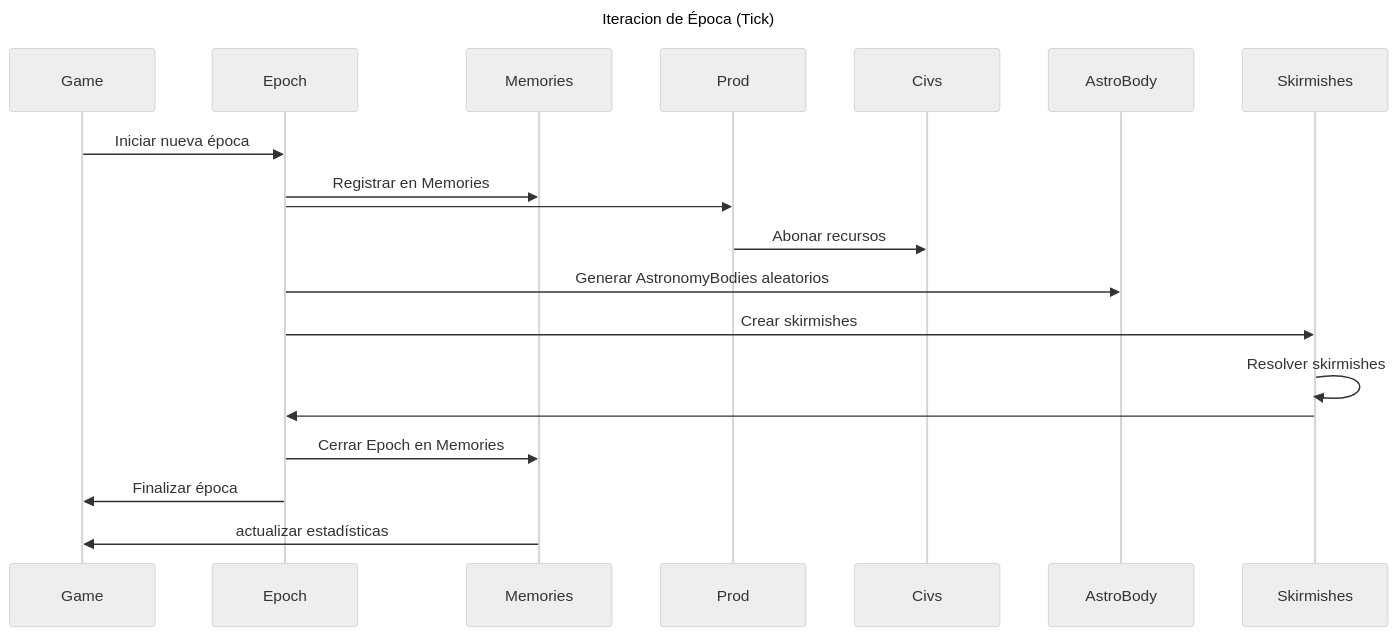
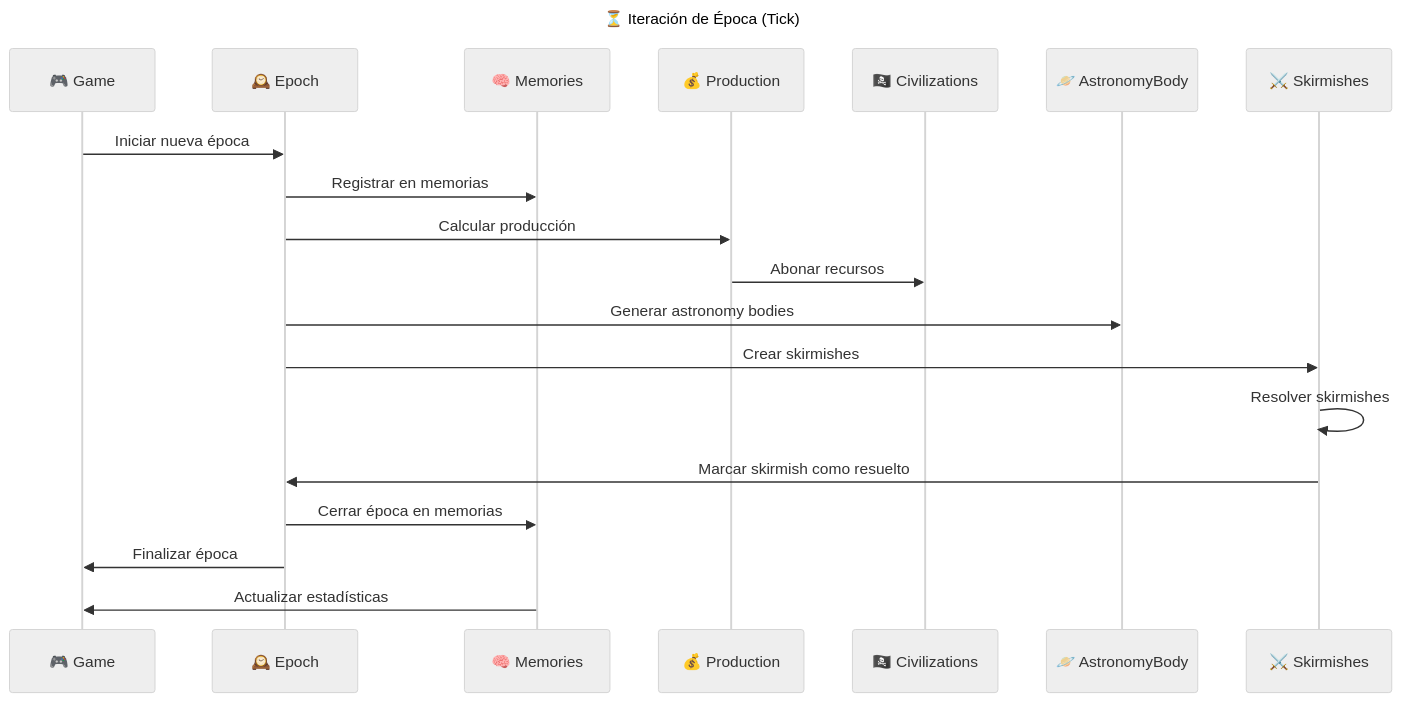
Before and after one commit to clujanp/interstellar-war-dilemma: the second of 5 diagrams in domain_model.md, drawn with Mermaid (neutral theme). The commit also changed other lines of this file, not shown here.

Commit message:
doc: add emojis to diagrams

````diff
--- a/domain_model.md
+++ b/domain_model.md
@@ -205,15 +205,23 @@
-```mermaid 
+```mermaid
 sequenceDiagram
-Title: Iteracion de Época (Tick)
+  participant Game as 🎮 Game
+  participant Epoch as 🕰️ Epoch
+  participant Memories as 🧠 Memories
+  participant Prod as 💰 Production
+  participant Civs as 🏴‍☠️ Civilizations
+  participant AstroBody as 🪐 AstronomyBody
+  participant Skirmishes as ⚔️ Skirmishes
+
+  Title: ⏳ Iteración de Época (Tick)
   Game->>Epoch: Iniciar nueva época
-  Epoch->>Memories: Registrar en Memories
-  Epoch->>Prod: 
+  Epoch->>Memories: Registrar en memorias
+  Epoch->>Prod: Calcular producción
   Prod->>Civs: Abonar recursos
-  Epoch->>AstroBody: Generar AstronomyBodies aleatorios
+  Epoch->>AstroBody: Generar astronomy bodies
   Epoch->>Skirmishes: Crear skirmishes
   Skirmishes->>Skirmishes: Resolver skirmishes
-  Skirmishes->>Epoch: 
-  Epoch->>Memories: Cerrar Epoch en Memories
+  Skirmishes->>Epoch: Marcar skirmish como resuelto
+  Epoch->>Memories: Cerrar época en memorias
   Epoch->>Game: Finalizar época
-  Memories->>Game: actualizar estadísticas
-```
+  Memories->>Game: Actualizar estadísticas
+``` 
````
